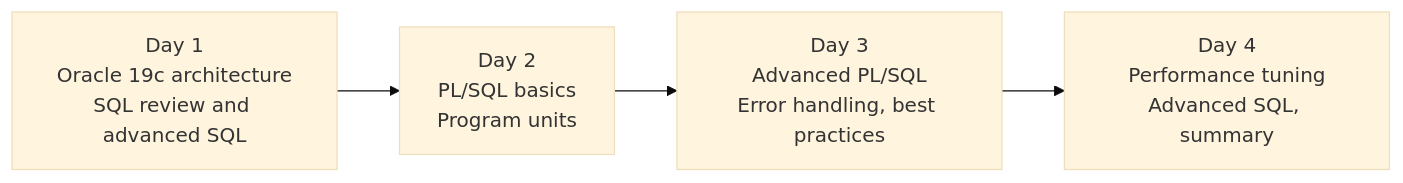
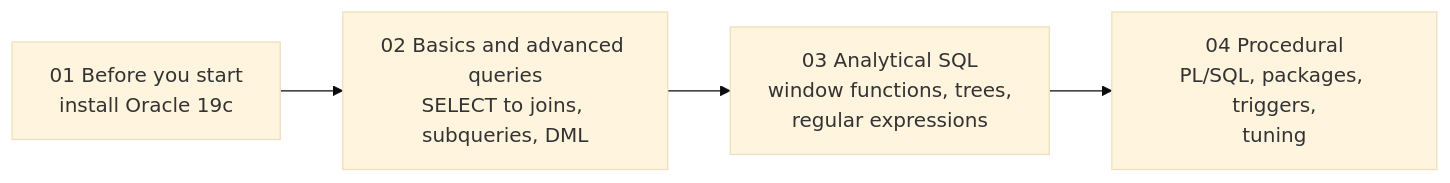
One commit to codewithz/oracle-training-oct-2026 changed the diagram in README.md. Above: the diagram before and after it, drawn with Mermaid (base theme). The commit also changed other lines of this file and 131 other files, not shown here.

````diff
--- a/README.md
+++ b/README.md
@@ -19,8 +12,6 @@
 ```mermaid
 flowchart LR
-    D1["Day 1<br/>Oracle 19c architecture<br/>SQL review and advanced SQL"]
-    D2["Day 2<br/>PL/SQL basics<br/>Program units"]
-    D3["Day 3<br/>Advanced PL/SQL<br/>Error handling, best practices"]
-    D4["Day 4<br/>Performance tuning<br/>Advanced SQL, summary"]
-    D1 --> D2 --> D3 --> D4
+    P1["01 Before you start<br/>install Oracle 19c"] --> P2["02 Basics and advanced queries<br/>SELECT to joins, subqueries, DML"]
+    P2 --> P3["03 Analytical SQL<br/>window functions, trees,<br/>regular expressions"]
+    P3 --> P4["04 Procedural<br/>PL/SQL, packages, triggers,<br/>tuning"]
 ```
````
